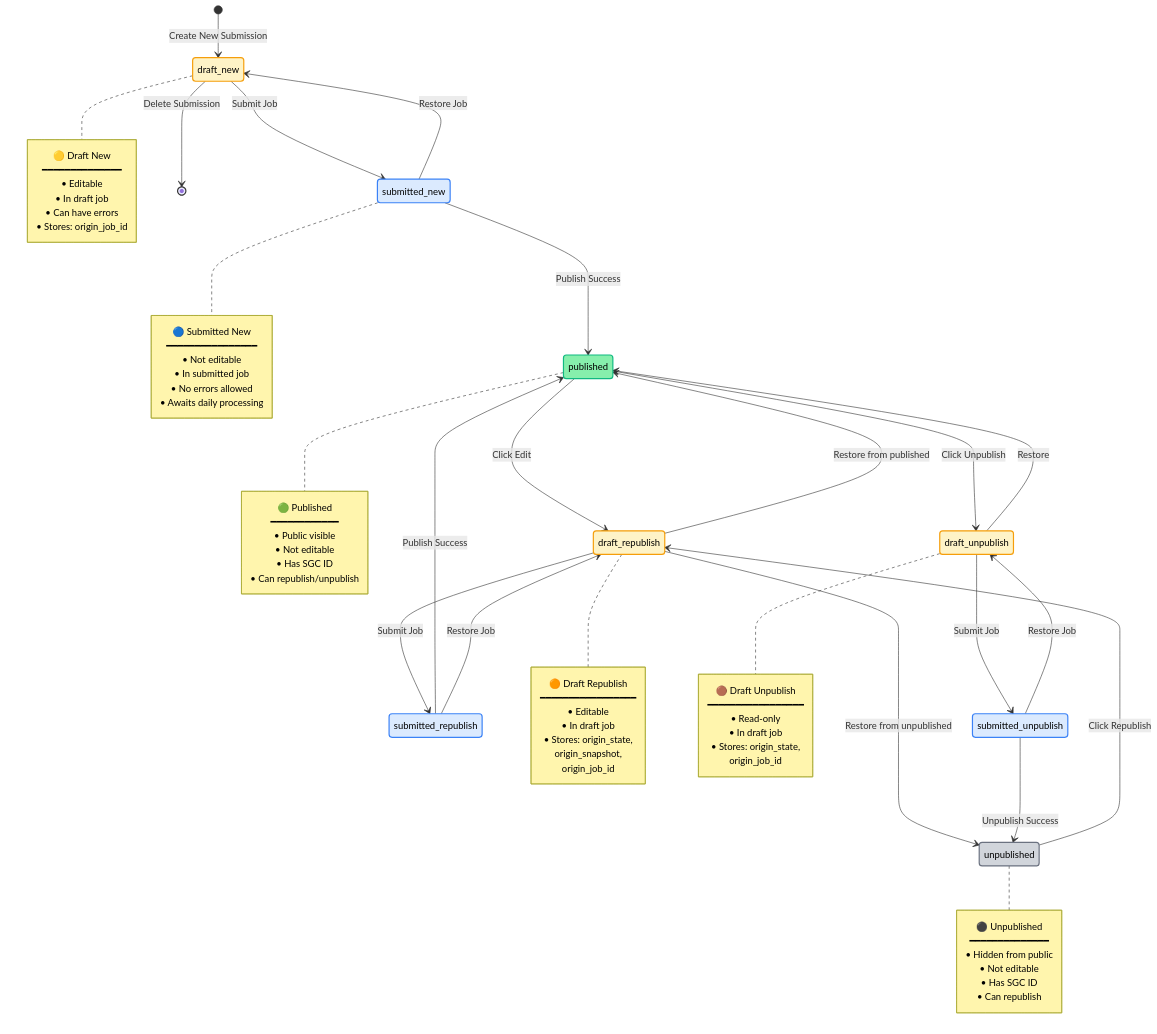
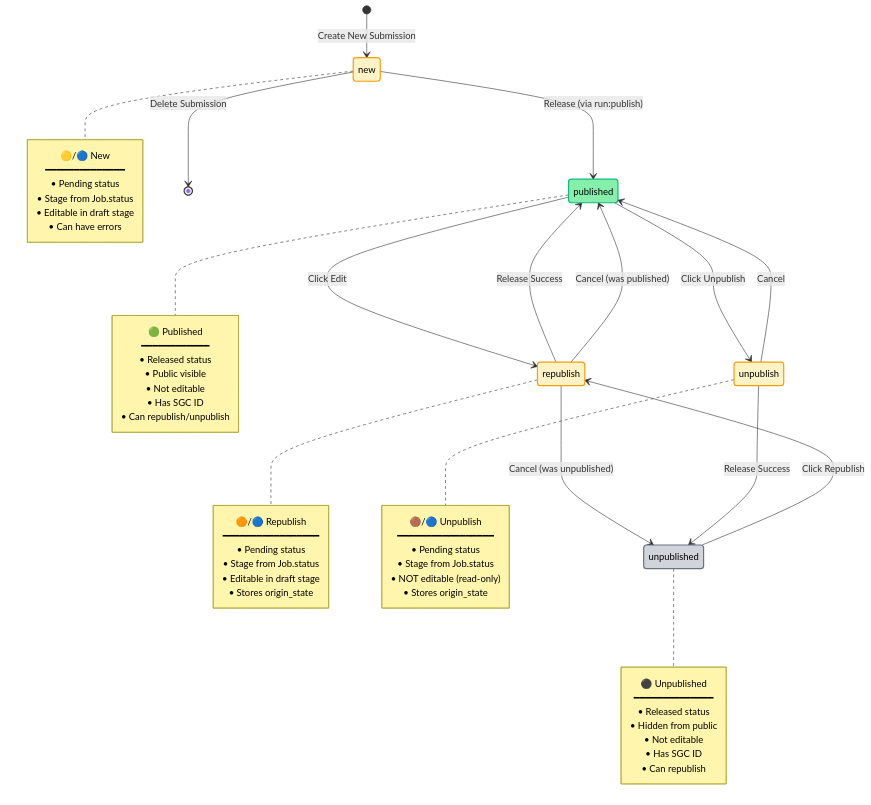
Before and after one commit to GeneCurationCoalition/gencc-sub: the second of 11 diagrams in docs/STATE_MODEL_DIAGRAMS.md, drawn with Mermaid. The commit also changed other lines of this file and 11 other files, not shown here.

````diff
--- a/docs/STATE_MODEL_DIAGRAMS.md
+++ b/docs/STATE_MODEL_DIAGRAMS.md
@@ -108,93 +136,74 @@
 ```mermaid
 stateDiagram-v2
-    [*] --> draft_new: Create New Submission
+    [*] --> new: Create New Submission
 
-    draft_new --> submitted_new: Submit Job
-    draft_new --> [*]: Delete Submission
+    new --> published: Release (via run:publish)
+    new --> [*]: Delete Submission
 
-    submitted_new --> published: Publish Success
-    submitted_new --> draft_new: Restore Job
+    published --> republish: Click Edit
+    published --> unpublish: Click Unpublish
 
-    published --> draft_republish: Click Edit
-    published --> draft_unpublish: Click Unpublish
+    republish --> published: Release Success
+    republish --> published: Cancel (was published)
+    republish --> unpublished: Cancel (was unpublished)
 
-    draft_republish --> submitted_republish: Submit Job
-    draft_republish --> published: Restore from published
-    draft_republish --> unpublished: Restore from unpublished
+    unpublish --> unpublished: Release Success
+    unpublish --> published: Cancel
 
-    submitted_republish --> published: Publish Success
-    submitted_republish --> draft_republish: Restore Job
+    unpublished --> republish: Click Republish
 
-    draft_unpublish --> submitted_unpublish: Submit Job
-    draft_unpublish --> published: Restore
-
-    submitted_unpublish --> unpublished: Unpublish Success
-    submitted_unpublish --> draft_unpublish: Restore Job
-
-    unpublished --> draft_republish: Click Republish
-
-    note right of draft_new
-        🟡 Draft New
+    note right of new
+        🟡/🔵 New
         ━━━━━━━━━━━━━━
-        • Editable
-        • In draft job
+        • Pending status
+        • Stage from Job.status
+        • Editable in draft stage
         • Can have errors
-        • Stores: origin_job_id
-    end note
-
-    note right of submitted_new
-        🔵 Submitted New
-        ━━━━━━━━━━━━━━━━
-        • Not editable
-        • In submitted job
-        • No errors allowed
-        • Awaits daily processing
     end note
 
     note right of published
         🟢 Published
         ━━━━━━━━━━━━
+        • Released status
         • Public visible
         • Not editable
         • Has SGC ID
         • Can republish/unpublish
     end note
 
-    note right of draft_republish
-        🟠 Draft Republish
+    note right of republish
+        🟠/🔵 Republish
         ━━━━━━━━━━━━━━━━━
-        • Editable
-        • In draft job
-        • Stores: origin_state,
-          origin_snapshot,
-          origin_job_id
+        • Pending status
+        • Stage from Job.status
+        • Editable in draft stage
+        • Stores origin_state
     end note
 
-    note right of draft_unpublish
-        🟤 Draft Unpublish
+    note right of unpublish
+        🟤/🔵 Unpublish
         ━━━━━━━━━━━━━━━━━
-        • Read-only
-        • In draft job
-        • Stores: origin_state,
-          origin_job_id
+        • Pending status
+        • Stage from Job.status
+        • NOT editable (read-only)
+        • Stores origin_state
     end note
 
     note right of unpublished
         ⚫ Unpublished
         ━━━━━━━━━━━━━━
+        • Released status
         • Hidden from public
         • Not editable
         • Has SGC ID
         • Can republish
     end note
 
-    classDef draftStyle fill:#FEF3C7,stroke:#F59E0B,stroke-width:2px,color:#000
-    classDef submittedStyle fill:#DBEAFE,stroke:#3B82F6,stroke-width:2px,color:#000
-    classDef publishedStyle fill:#86EFAC,stroke:#10B981,stroke-width:2px,color:#000
+    classDef pendingStyle fill:#FEF3C7,stroke:#F59E0B,stroke-width:2px,color:#000
+    classDef releasedStyle fill:#86EFAC,stroke:#10B981,stroke-width:2px,color:#000
     classDef unpublishedStyle fill:#D1D5DB,stroke:#6B7280,stroke-width:2px,color:#000
 
-    class draft_new,draft_republish,draft_unpublish draftStyle
-    class submitted_new,submitted_republish,submitted_unpublish submittedStyle
-    class published publishedStyle
+    class new,republish,unpublish pendingStyle
+    class published releasedStyle
     class unpublished unpublishedStyle
 ```
````
